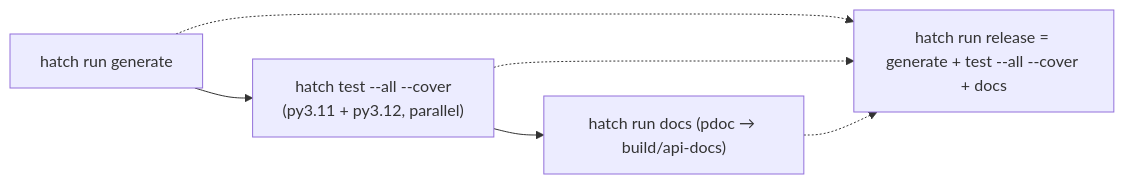
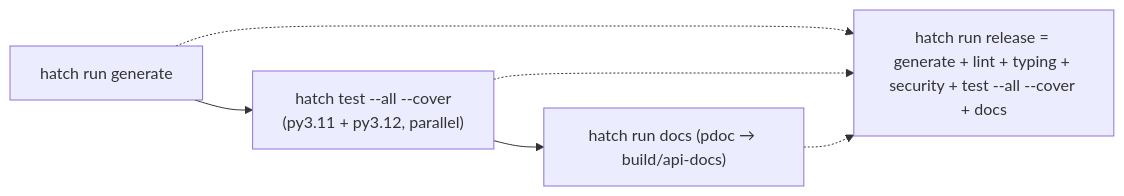
The eighth of 8 diagrams in .agents/summary/workflows.md (cairn-proofs/oscal-bindings-python), drawn with Mermaid before and after one commit. The commit also changed other lines of this file and 11 other files, not shown here.

````diff
--- a/.agents/summary/workflows.md
+++ b/.agents/summary/workflows.md
@@ -141,8 +141,8 @@
 ```mermaid
 flowchart LR
     G["hatch run generate"] --> T["hatch test --all --cover<br/>(py3.11 + py3.12, parallel)"]
     T --> D["hatch run docs (pdoc → build/api-docs)"]
-    G -.-> R["hatch run release = generate + test --all --cover + docs"]
+    G -.-> R["hatch run release = generate + lint + typing + security + test --all --cover + docs"]
     T -.-> R
     D -.-> R
 ```
````
